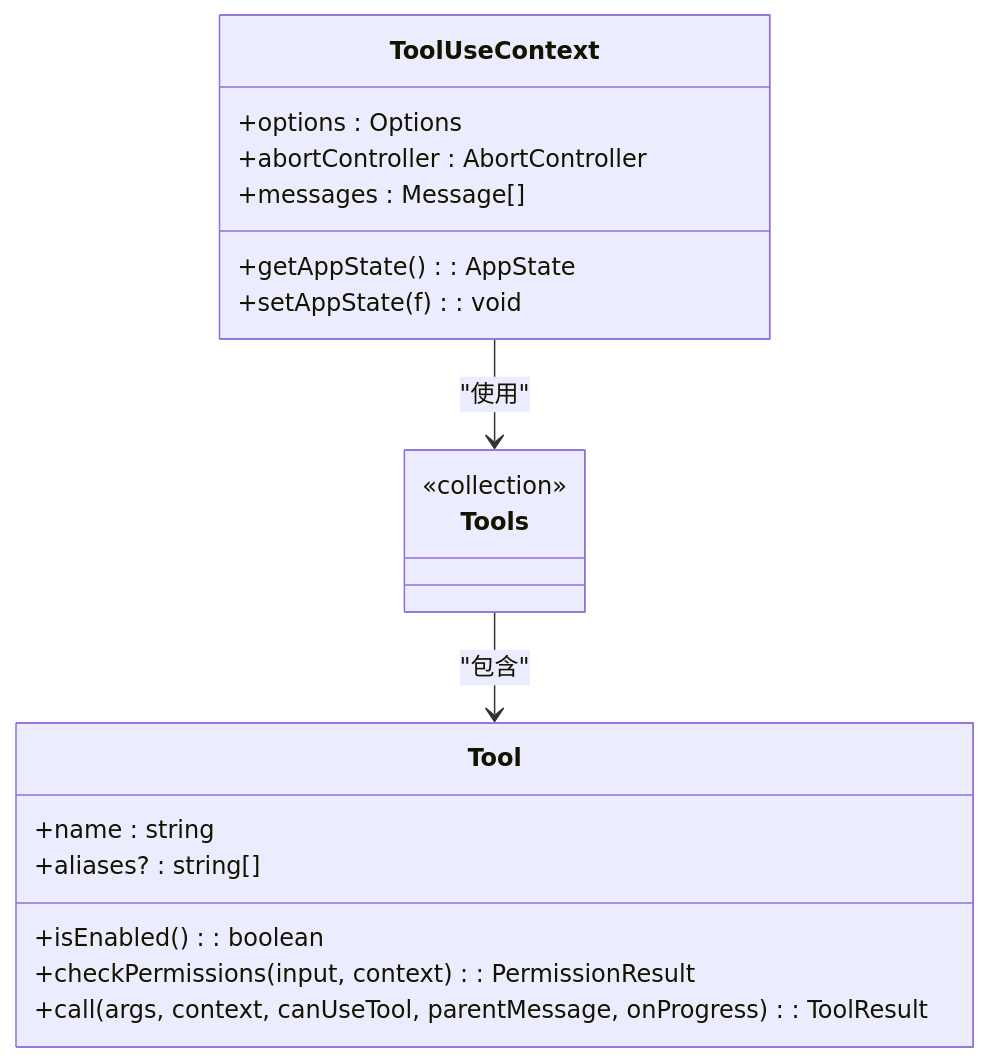
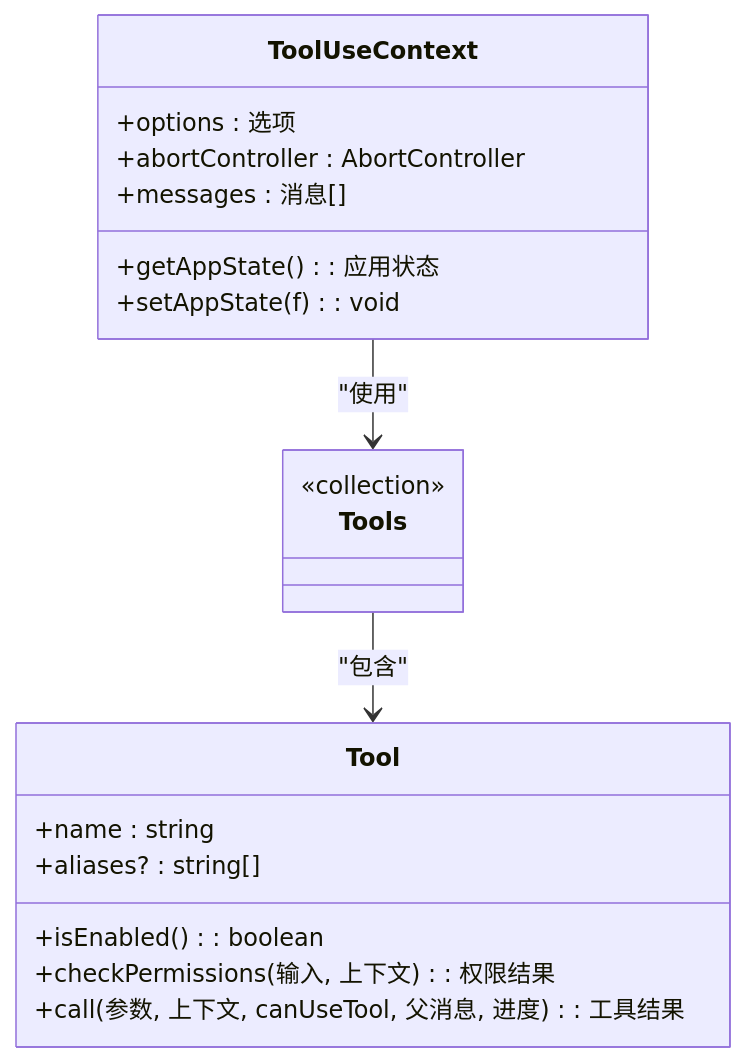
Before and after one commit to yuanliu147/claude-code: the fourth of 6 diagrams in .qoder/repowiki/zh/content/核心架构/核心架构.md, drawn with Mermaid. The commit also changed other lines of this file and 5 other files, not shown here.

````diff
--- a/.qoder/repowiki/zh/content/核心架构/核心架构.md
+++ b/.qoder/repowiki/zh/content/核心架构/核心架构.md
@@ -223,22 +236,22 @@
 ```mermaid
 classDiagram
 class Tool {
 +name : string
 +aliases? : string[]
 +isEnabled() : boolean
-+checkPermissions(input, context) : PermissionResult
-+call(args, context, canUseTool, parentMessage, onProgress) : ToolResult
++checkPermissions(输入, 上下文) : 权限结果
++call(参数, 上下文, canUseTool, 父消息, 进度) : 工具结果
 }
 class Tools {
 <<collection>>
 }
 class ToolUseContext {
-+options : Options
-+getAppState() : AppState
++options : 选项
++getAppState() : 应用状态
 +setAppState(f) : void
 +abortController : AbortController
-+messages : Message[]
++messages : 消息[]
 }
 Tools --> Tool : "包含"
 ToolUseContext --> Tools : "使用"
 ```
````
